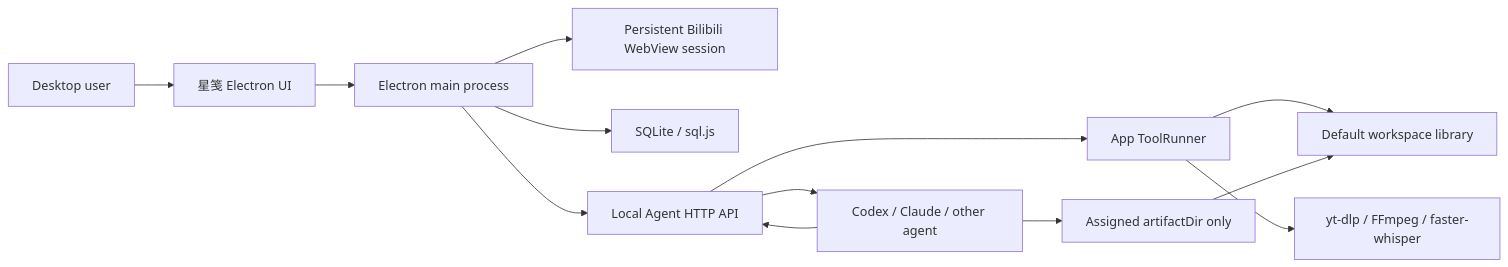
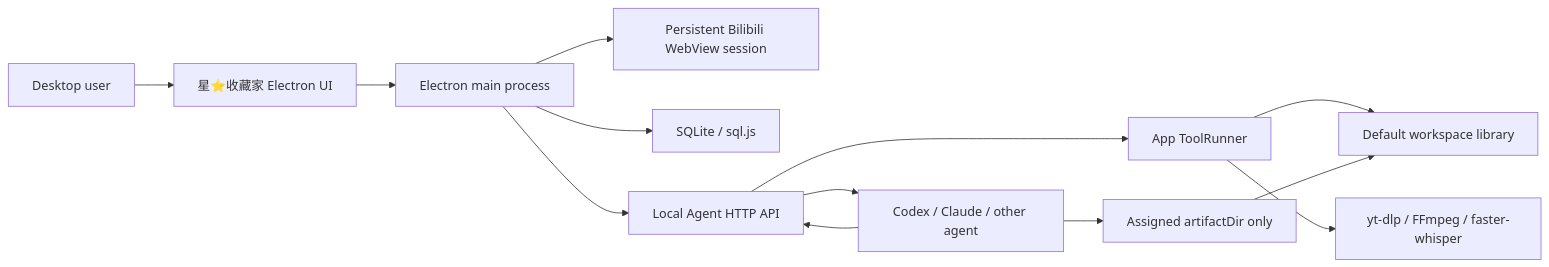
Before and after one commit to Fenglin-Maple/star-owner: the diagram in DESIGN.md, drawn with Mermaid. The commit also changed other lines of this file and 16 other files, not shown here.

````diff
--- a/DESIGN.md
+++ b/DESIGN.md
@@ -25,15 +25,15 @@
 ```mermaid
 flowchart LR
-  User["Desktop user"] --> UI["星笺 Electron UI"]
+  User["Desktop user"] --> UI["星⭐收藏家 Electron UI"]
   UI --> Main["Electron main process"]
   Main --> Bili["Persistent Bilibili WebView session"]
   Main --> DB["SQLite / sql.js"]
   Main --> API["Local Agent HTTP API"]
   API --> Agent["Codex / Claude / other agent"]
   Agent --> API
   API --> Runner["App ToolRunner"]
   Runner --> Tools["yt-dlp / FFmpeg / faster-whisper"]
   Runner --> Library["Default workspace library"]
   Agent --> Assigned["Assigned artifactDir only"]
   Assigned --> Library
 ```
````
